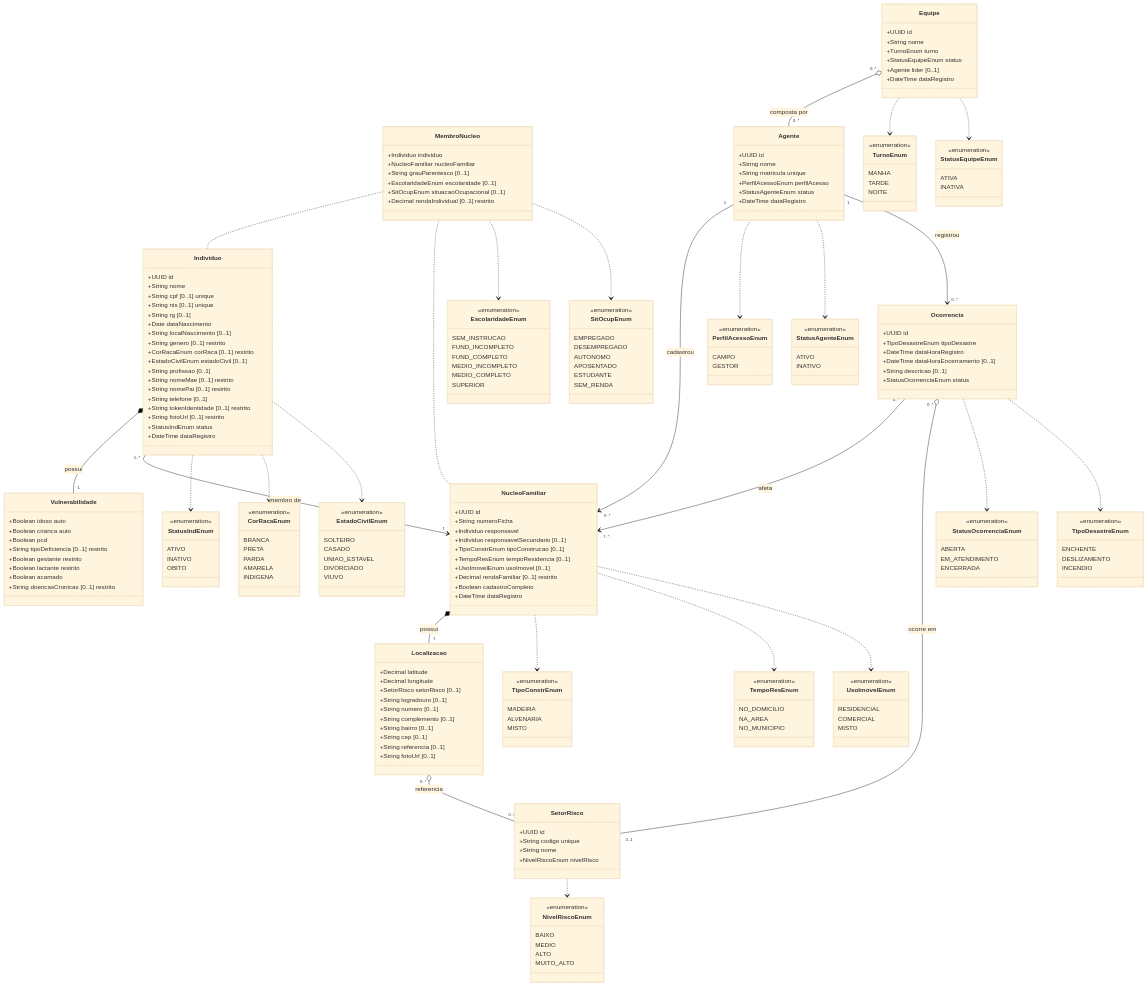
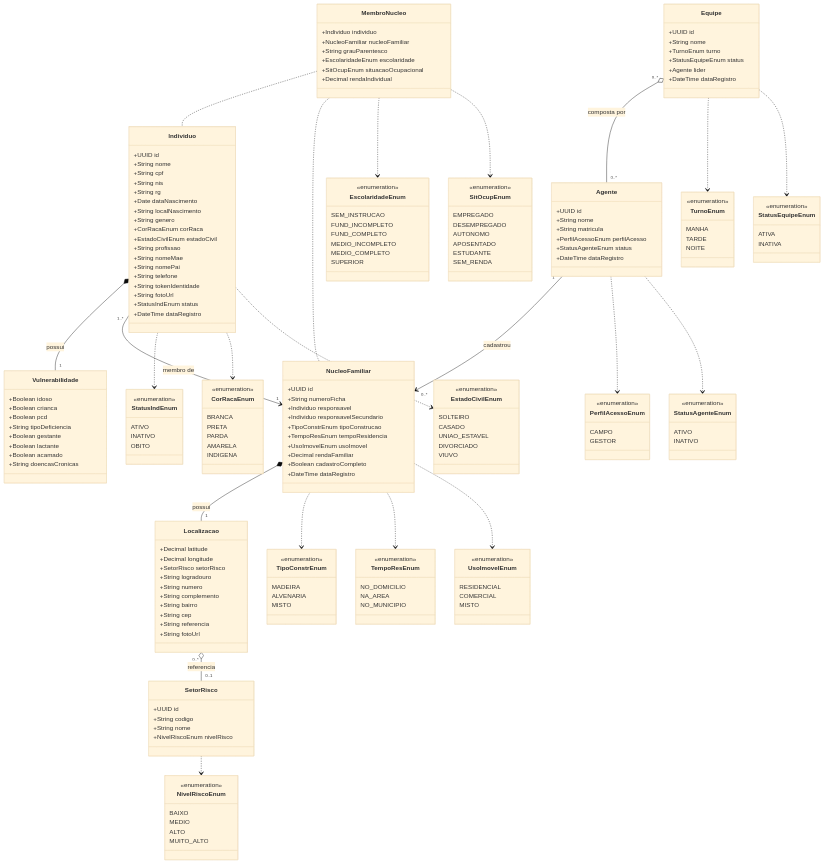
The diagram in documentos/wad.md (PauloRbtoCodes/ponderada-prog), drawn with Mermaid (base theme) before and after one commit. The commit also changed other lines of this file, not shown here.

````diff
--- a/documentos/wad.md
+++ b/documentos/wad.md
@@ -669,109 +685,104 @@
 ```mermaid
 classDiagram
-    direction TB
- 
     class Individuo {
         +UUID id
         +String nome
-        +String cpf [0..1] unique
-        +String nis [0..1] unique
-        +String rg [0..1]
+        +String cpf
+        +String nis
+        +String rg
         +Date dataNascimento
-        +String localNascimento [0..1]
-        +String genero [0..1] restrito
-        +CorRacaEnum corRaca [0..1] restrito
-        +EstadoCivilEnum estadoCivil [0..1]
-        +String profissao [0..1]
-        +String nomeMae [0..1] restrito
-        +String nomePai [0..1] restrito
-        +String telefone [0..1]
-        +String tokenIdentidade [0..1] restrito
-        +String fotoUrl [0..1] restrito
+        +String localNascimento
+        +String genero
+        +CorRacaEnum corRaca
+        +EstadoCivilEnum estadoCivil
+        +String profissao
+        +String nomeMae
+        +String nomePai
+        +String telefone
+        +String tokenIdentidade
+        +String fotoUrl
         +StatusIndEnum status
         +DateTime dataRegistro
     }
- 
+
     class Vulnerabilidade {
-        +Boolean idoso auto
-        +Boolean crianca auto
+        +Boolean idoso
+        +Boolean crianca
         +Boolean pcd
-        +String tipoDeficiencia [0..1] restrito
-        +Boolean gestante restrito
-        +Boolean lactante restrito
+        +String tipoDeficiencia
+        +Boolean gestante
+        +Boolean lactante
         +Boolean acamado
-        +String doencasCronicas [0..1] restrito
+        +String doencasCronicas
     }
- 
+
     class NucleoFamiliar {
         +UUID id
         +String numeroFicha
         +Individuo responsavel
-        +Individuo responsavelSecundario [0..1]
-        +TipoConstrEnum tipoConstrucao [0..1]
-        +TempoResEnum tempoResidencia [0..1]
-        +UsoImovelEnum usoImovel [0..1]
-        +Decimal rendaFamiliar [0..1] restrito
+        +Individuo responsavelSecundario
+        +TipoConstrEnum tipoConstrucao
+        +TempoResEnum tempoResidencia
+        +UsoImovelEnum usoImovel
+        +Decimal rendaFamiliar
         +Boolean cadastroCompleto
         +DateTime dataRegistro
     }
- 
+
     class MembroNucleo {
         +Individuo individuo
         +NucleoFamiliar nucleoFamiliar
-        +String grauParentesco [0..1]
-        +EscolaridadeEnum escolaridade [0..1]
-        +SitOcupEnum situacaoOcupacional [0..1]
-        +Decimal rendaIndividual [0..1] restrito
+        +String grauParentesco
+        +EscolaridadeEnum escolaridade
+        +SitOcupEnum situacaoOcupacional
+        +Decimal rendaIndividual
     }
- 
+
     class Localizacao {
         +Decimal latitude
         +Decimal longitude
-        +SetorRisco setorRisco [0..1]
-        +String logradouro [0..1]
-        +String numero [0..1]
-        +String complemento [0..1]
-        +String bairro [0..1]
-        +String cep [0..1]
-        +String referencia [0..1]
-        +String fotoUrl [0..1]
+        +SetorRisco setorRisco
+        +String logradouro
+        +String numero
+        +String complemento
+        +String bairro
+        +String cep
+        +String referencia
+        +String fotoUrl
     }
- 
+
     class SetorRisco {
         +UUID id
-        +String codigo unique
+        +String codigo
         +String nome
         +NivelRiscoEnum nivelRisco
     }
- 
+
     class Agente {
         +UUID id
         +String nome
-        +String matricula unique
+        +String matricula
         +PerfilAcessoEnum perfilAcesso
         +StatusAgenteEnum status
         +DateTime dataRegistro
-        %% nota: autenticacao fora do escopo do TAPI
-        %% nota: tipoVinculo removido MVP - todos sao servidores
     }
- 
+
     class Equipe {
         +UUID id
         +String nome
         +TurnoEnum turno
         +StatusEquipeEnum status
-        +Agente lider [0..1]
+        +Agente lider
         +DateTime dataRegistro
-        %% nota: equipes existem durante operacoes ativas
     }
- 
+
     class StatusIndEnum {
         <<enumeration>>
         ATIVO
         INATIVO
         OBITO
     }
- 
+
     class CorRacaEnum {
         <<enumeration>>
         BRANCA
@@ -780,7 +791,7 @@
         AMARELA
         INDIGENA
     }
- 
+
     class EstadoCivilEnum {
         <<enumeration>>
         SOLTEIRO
@@ -789,28 +800,28 @@
         DIVORCIADO
         VIUVO
     }
- 
+
     class TipoConstrEnum {
         <<enumeration>>
         MADEIRA
         ALVENARIA
         MISTO
     }
- 
+
     class TempoResEnum {
         <<enumeration>>
         NO_DOMICILIO
         NA_AREA
         NO_MUNICIPIO
     }
- 
+
     class UsoImovelEnum {
         <<enumeration>>
         RESIDENCIAL
         COMERCIAL
         MISTO
     }
- 
+
     class EscolaridadeEnum {
         <<enumeration>>
         SEM_INSTRUCAO
@@ -820,7 +831,7 @@
         MEDIO_COMPLETO
         SUPERIOR
     }
- 
+
     class SitOcupEnum {
         <<enumeration>>
         EMPREGADO
@@ -830,7 +841,7 @@
         ESTUDANTE
         SEM_RENDA
     }
- 
+
     class NivelRiscoEnum {
         <<enumeration>>
         BAIXO
@@ -838,81 +849,40 @@
         ALTO
         MUITO_ALTO
     }
- 
+
     class PerfilAcessoEnum {
         <<enumeration>>
         CAMPO
         GESTOR
     }
- 
+
     class StatusAgenteEnum {
         <<enumeration>>
         ATIVO
         INATIVO
     }
- 
+
     class TurnoEnum {
         <<enumeration>>
         MANHA
         TARDE
         NOITE
     }
- 
+
     class StatusEquipeEnum {
         <<enumeration>>
         ATIVA
         INATIVA
     }
- 
-    class Ocorrencia {
-        +UUID id
-        +TipoDesastreEnum tipoDesastre
-        +DateTime dataHoraRegistro
-        +DateTime dataHoraEncerramento [0..1]
-        +String descricao [0..1]
-        +StatusOcorrenciaEnum status
-        %% nota: ciclo de vida pendente validacao Defesa Civil (P-05)
-    }
- 
-    class StatusOcorrenciaEnum {
-        <<enumeration>>
-        ABERTA
-        EM_ATENDIMENTO
-        ENCERRADA
-        %% pendente: validar estados com Defesa Civil (P-05)
-    }
- 
-    class TipoDesastreEnum {
-        <<enumeration>>
-        ENCHENTE
-        DESLIZAMENTO
-        INCENDIO
-        %% pendente: enum completo a confirmar com Defesa Civil (CA-01)
-    }
- 
-    %% Composição: Vulnerabilidade não existe sem Individuo
+
     Individuo *-- "1" Vulnerabilidade : possui
- 
-    %% Composição: Localizacao não existe sem NucleoFamiliar
     NucleoFamiliar *-- "1" Localizacao : possui
- 
-    %% Associação: Individuo pertence a exatamente um NucleoFamiliar (RN012)
     Individuo "1..*" --> "1" NucleoFamiliar : membro de
- 
-    %% Classe de associação MembroNucleo
     MembroNucleo .. Individuo
     MembroNucleo .. NucleoFamiliar
- 
-    %% Agregação: SetorRisco existe independentemente de Localizacao
     Localizacao "0..*" o-- "0..1" SetorRisco : referencia
- 
-    %% Agregação: Agente existe independentemente de Equipe
     Equipe "0..*" o-- "0..*" Agente : composta por
- 
-    %% Associação: Agente cadastrou NucleoFamiliar (rastreabilidade RF008)
     Agente "1" --> "0..*" NucleoFamiliar : cadastrou
- 
-    %% Dependências de enumeração — T-01
     Individuo ..> StatusIndEnum
     Individuo ..> CorRacaEnum
     Individuo ..> EstadoCivilEnum
@@ -922,23 +892,8 @@
     MembroNucleo ..> EscolaridadeEnum
     MembroNucleo ..> SitOcupEnum
     SetorRisco ..> NivelRiscoEnum
- 
-    %% Dependências de enumeração — T-02
     Agente ..> PerfilAcessoEnum
     Agente ..> StatusAgenteEnum
     Equipe ..> TurnoEnum
     Equipe ..> StatusEquipeEnum
- 
-    %% Associação: Ocorrencia ↔ NucleoFamiliar (muitos para muitos — RN-NF01 pendente P-06)
-    Ocorrencia "0..*" --> "1..*" NucleoFamiliar : afeta
- 
-    %% Associação: Ocorrencia → Agente (rastreabilidade de registro — RF008, CA-03)
-    Agente "1" --> "0..*" Ocorrencia : registrou
- 
-    %% Agregação: SetorRisco existe independentemente de Ocorrencia (RN003, CA-04)
-    Ocorrencia "0..*" o-- "0..1" SetorRisco : ocorre em
- 
-    %% Dependências de enumeração — T-03
-    Ocorrencia ..> StatusOcorrenciaEnum
-    Ocorrencia ..> TipoDesastreEnum
 ```
````
